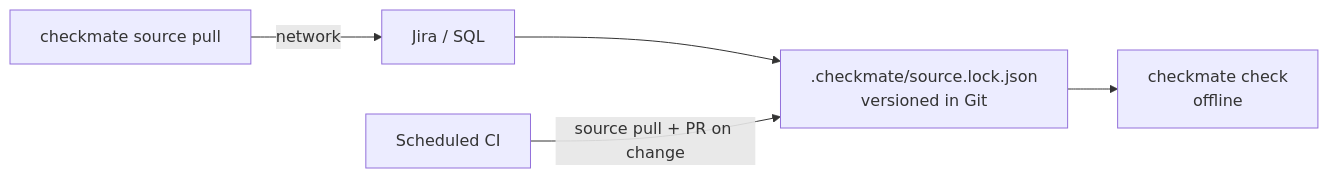
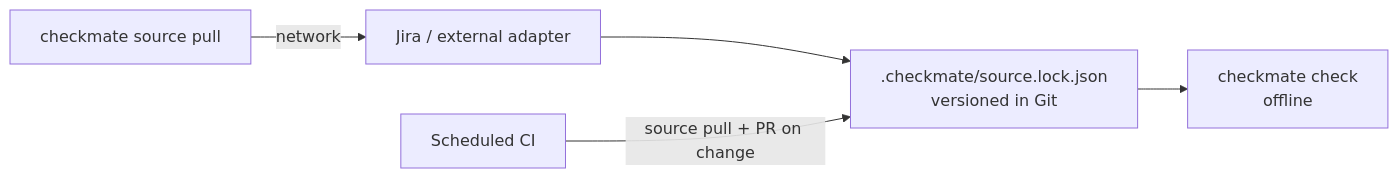
One commit to E-Jacques/Rulelink changed the sixth of 7 diagrams in docs/architecture/02-sources-of-truth.md. Above: the diagram before and after it, drawn with Mermaid. The commit also changed other lines of this file and 16 other files, not shown here.

````diff
--- a/docs/architecture/02-sources-of-truth.md
+++ b/docs/architecture/02-sources-of-truth.md
@@ -349,7 +349,7 @@
 ```mermaid
 flowchart LR
-    pull["checkmate source pull"] -->|"network"| remote["Jira / SQL"]
+    pull["checkmate source pull"] -->|"network"| remote["Jira / external adapter"]
     remote --> lock[".checkmate/source.lock.json<br/>versioned in Git"]
     lock --> check["checkmate check<br/>offline"]
     ci["Scheduled CI"] -->|"source pull + PR on change"| lock
 ```
````
